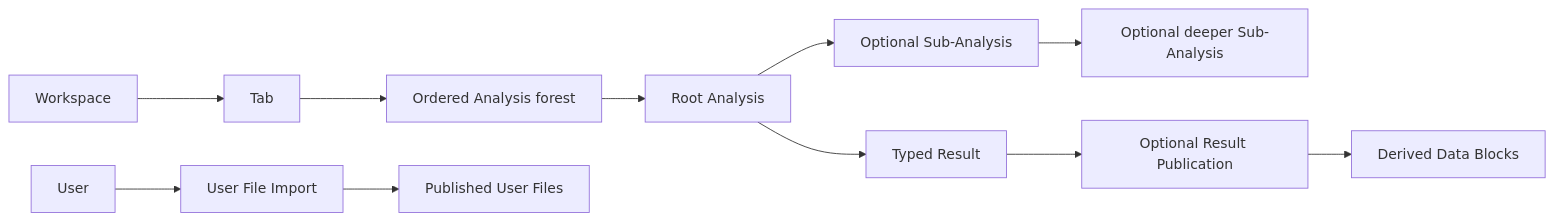
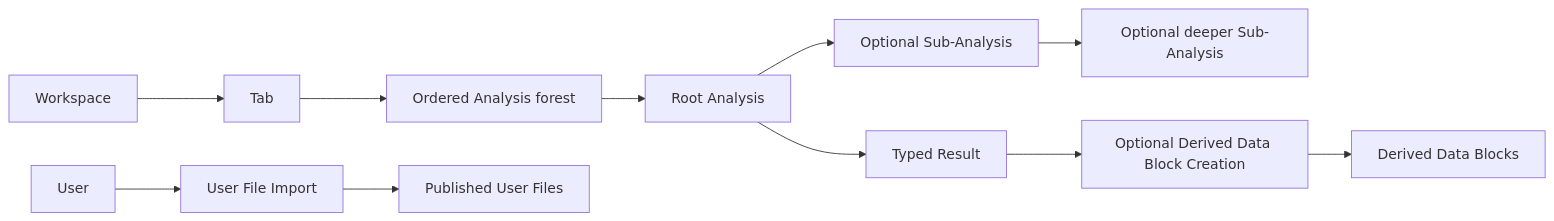
The diagram in docs/domain/analyses-and-imports.md (Australian-Text-Analytics-Platform/ldaca_web_app), drawn with Mermaid before and after one commit. The commit also changed other lines of this file and 67 other files, not shown here.

Commit message:
Add per-source Data Block Creation controls

````diff
--- a/docs/domain/analyses-and-imports.md
+++ b/docs/domain/analyses-and-imports.md
@@ -8,14 +8,14 @@
 ```mermaid
 flowchart LR
     WORKSPACE["Workspace"] --> TAB["Tab"]
     TAB --> FOREST["Ordered Analysis forest"]
     FOREST --> ROOT["Root Analysis"]
     ROOT --> SUB["Optional Sub-Analysis"]
     SUB --> DEEP["Optional deeper Sub-Analysis"]
     ROOT --> RESULT["Typed Result"]
-    RESULT --> PUBLICATION["Optional Result Publication"]
-    PUBLICATION --> OUTPUTS["Derived Data Blocks"]
+    RESULT --> CREATION["Optional Derived Data Block Creation"]
+    CREATION --> OUTPUTS["Derived Data Blocks"]
 
     USER["User"] --> IMPORT["User File Import"]
     IMPORT --> FILES["Published User Files"]
 ```
````
